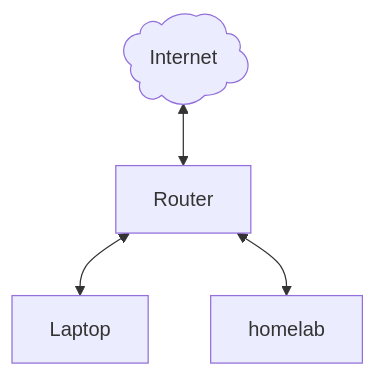
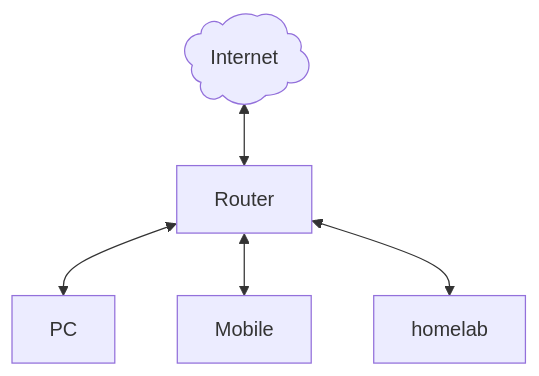
Before and after one commit to NgocTriTruong/openGym: the first of 2 diagrams in docs/SELF_HOSTING_HTTPS.md, drawn with Mermaid. The commit also changed other lines of this file, not shown here.

````diff
--- a/docs/SELF_HOSTING_HTTPS.md
+++ b/docs/SELF_HOSTING_HTTPS.md
@@ -18,7 +18,8 @@
 ```mermaid
 graph TD
     A@{ shape: cloud, label: "Internet"}
     A <--> B[Router]
-    B <-->C[Laptop]
+    B <-->C[PC]
+    B <-->E[Mobile]
     B <-->D[homelab]
 ```
````
